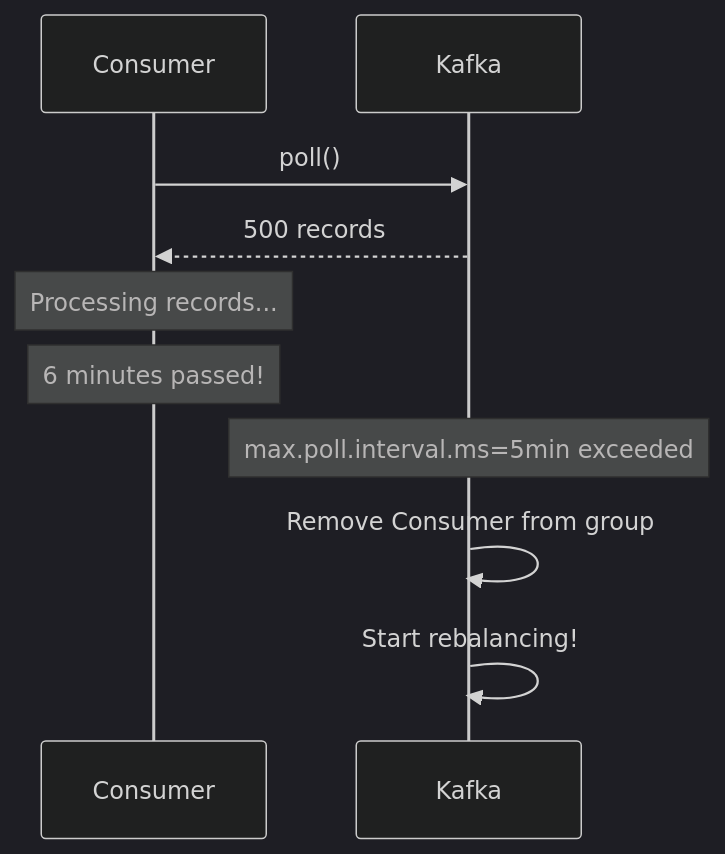
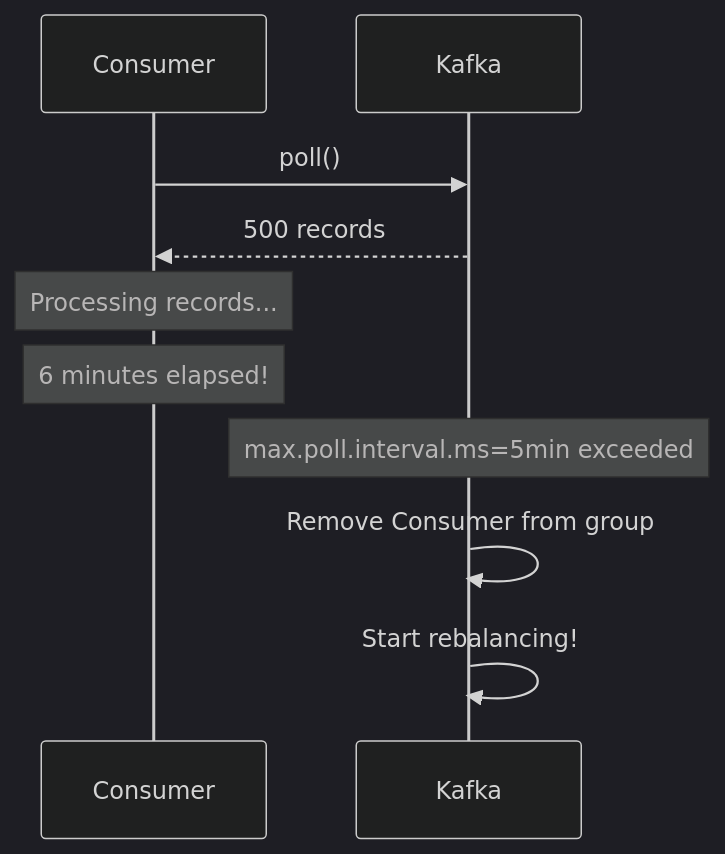
The second of 3 diagrams in content/en/docs/kafka/concepts/consumer-tuning.md (advanced-beginner/advanced-beginner.github.io), drawn with Mermaid (dark theme) before and after one commit. The commit also changed other lines of this file and 7 other files, not shown here.

````diff
--- a/content/en/docs/kafka/concepts/consumer-tuning.md
+++ b/content/en/docs/kafka/concepts/consumer-tuning.md
@@ -115,15 +99,15 @@
 ```mermaid
 sequenceDiagram
     participant C as Consumer
     participant K as Kafka
 
     C->>K: poll()
     K-->>C: 500 records
 
     Note over C: Processing records...
-    Note over C: 6 minutes passed!
+    Note over C: 6 minutes elapsed!
 
     Note over K: max.poll.interval.ms=5min exceeded
     K->>K: Remove Consumer from group
     K->>K: Start rebalancing!
 ```
````
